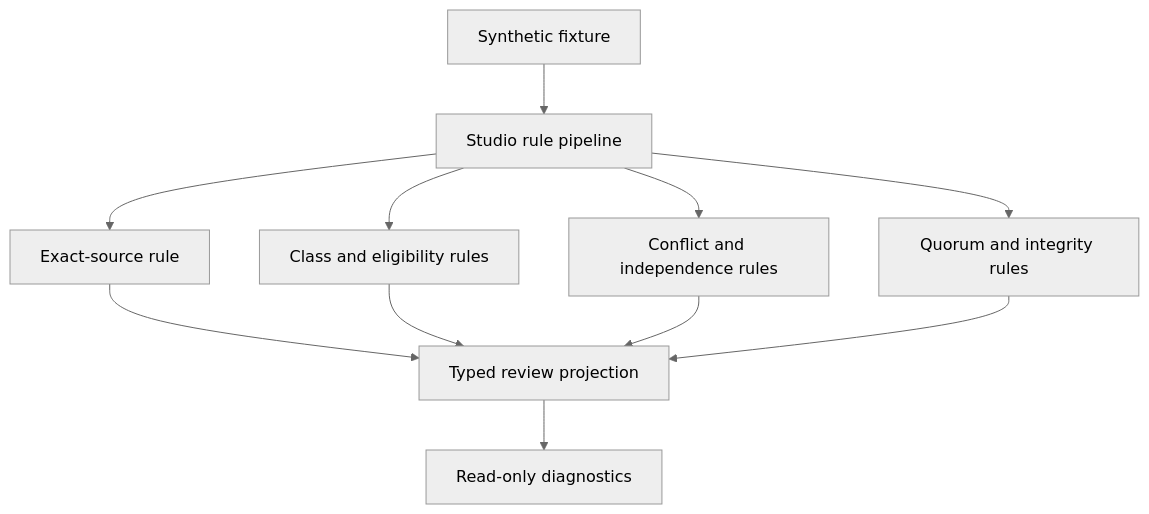
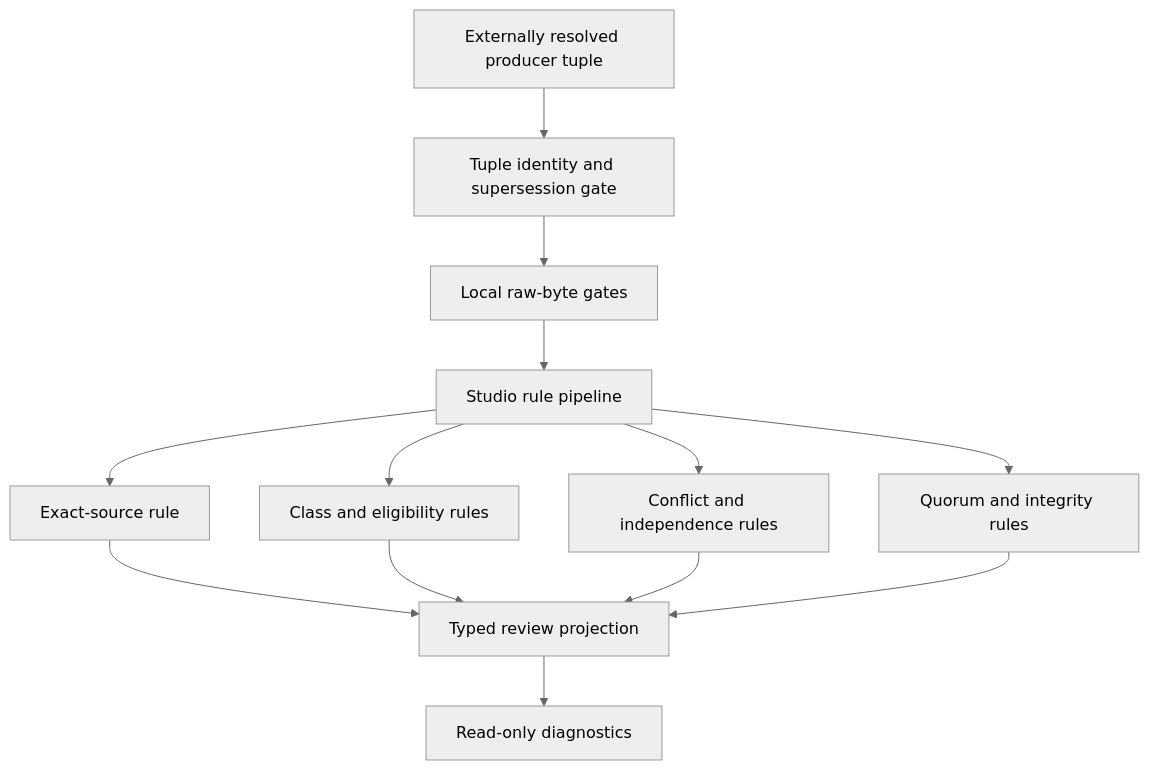
One commit to aevespers2/QSO-STUDIO changed the diagram in docs/architecture-review-quorum-conformance.md. Above: the diagram before and after it, drawn with Mermaid (neutral theme). The commit also changed other lines of this file, not shown here.

Commit message:
docs: document external source tuple gate

````diff
--- a/docs/architecture-review-quorum-conformance.md
+++ b/docs/architecture-review-quorum-conformance.md
@@ -32,13 +64,15 @@
 ```mermaid
 flowchart TD
-    A[Synthetic fixture] --> B[Studio rule pipeline]
-    B --> C[Exact-source rule]
-    B --> D[Class and eligibility rules]
-    B --> E[Conflict and independence rules]
-    B --> F[Quorum and integrity rules]
-    C --> G[Typed review projection]
-    D --> G
-    E --> G
-    F --> G
-    G --> H[Read-only diagnostics]
+    A[Externally resolved producer tuple] --> B[Tuple identity and supersession gate]
+    B --> C[Local raw-byte gates]
+    C --> D[Studio rule pipeline]
+    D --> E[Exact-source rule]
+    D --> F[Class and eligibility rules]
+    D --> G[Conflict and independence rules]
+    D --> H[Quorum and integrity rules]
+    E --> I[Typed review projection]
+    F --> I
+    G --> I
+    H --> I
+    I --> J[Read-only diagnostics]
 ```
````
